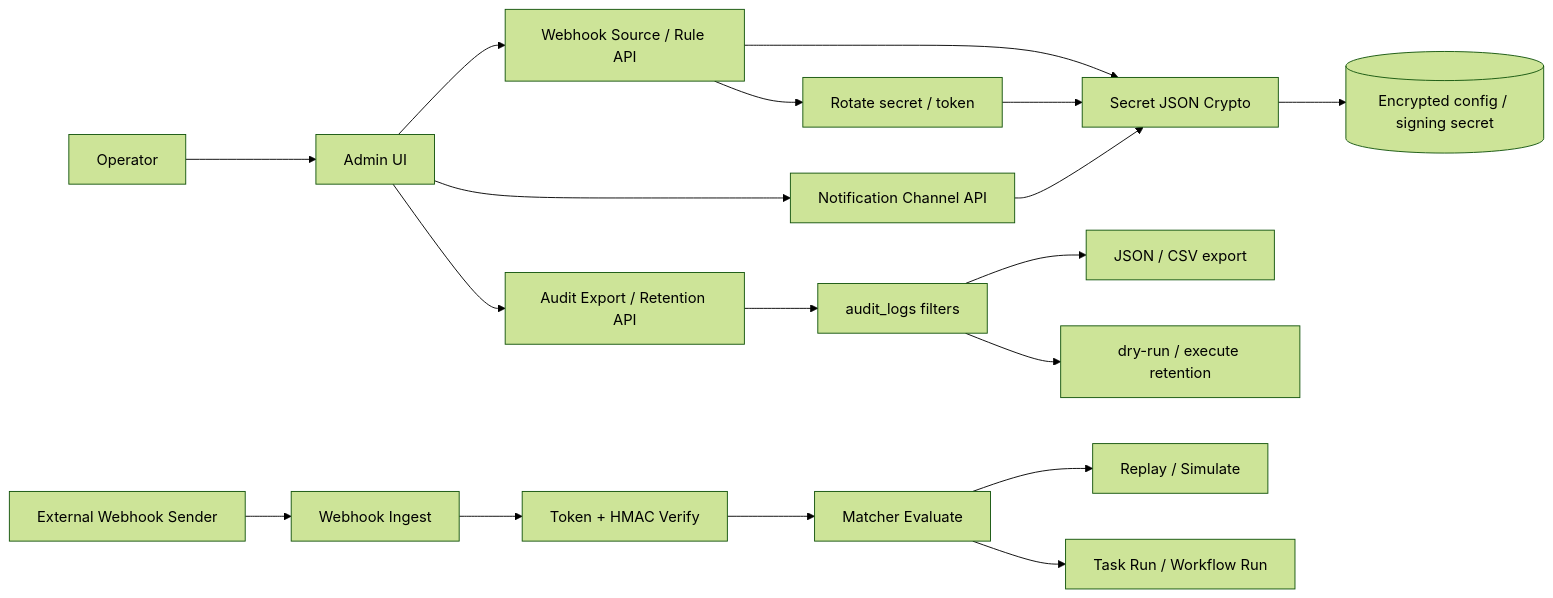
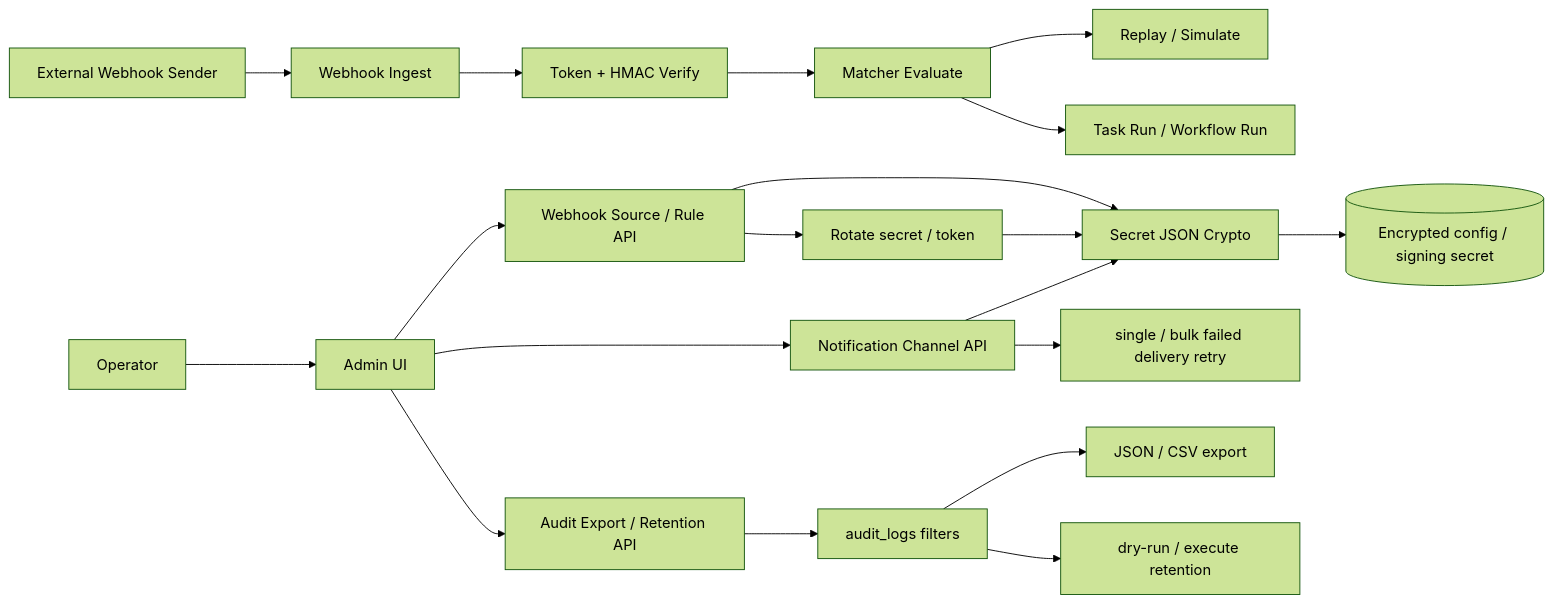
The fifth of 5 diagrams in docs/UML/core-uml-v1.0-update.en.md (Zhenmeng8023/OpsPilot), drawn with Mermaid (forest theme) before and after one commit. The commit also changed other lines of this file and 10 other files, not shown here.

````diff
--- a/docs/UML/core-uml-v1.0-update.en.md
+++ b/docs/UML/core-uml-v1.0-update.en.md
@@ -251,24 +251,25 @@
 ```mermaid
 flowchart LR
   Operator["Operator"] --> UI["Admin UI"]
   UI --> WebhookAPI["Webhook Source / Rule API"]
   UI --> NotificationAPI["Notification Channel API"]
   UI --> AuditAPI["Audit Export / Retention API"]
 
   WebhookAPI --> SecretCrypto["Secret JSON Crypto"]
   NotificationAPI --> SecretCrypto
   SecretCrypto --> DB[("Encrypted config / signing secret")]
 
   External["External Webhook Sender"] --> Ingest["Webhook Ingest"]
   Ingest --> Verify["Token + HMAC Verify"]
   Verify --> Match["Matcher Evaluate"]
   Match --> Replay["Replay / Simulate"]
   Match --> TaskOrWorkflow["Task Run / Workflow Run"]
 
   WebhookAPI --> Rotate["Rotate secret / token"]
   Rotate --> SecretCrypto
 
   AuditAPI --> AuditLogs["audit_logs filters"]
   AuditLogs --> Export["JSON / CSV export"]
   AuditLogs --> Retention["dry-run / execute retention"]
+  NotificationAPI --> DeliveryRetry["single / bulk failed delivery retry"]
 ```
````
